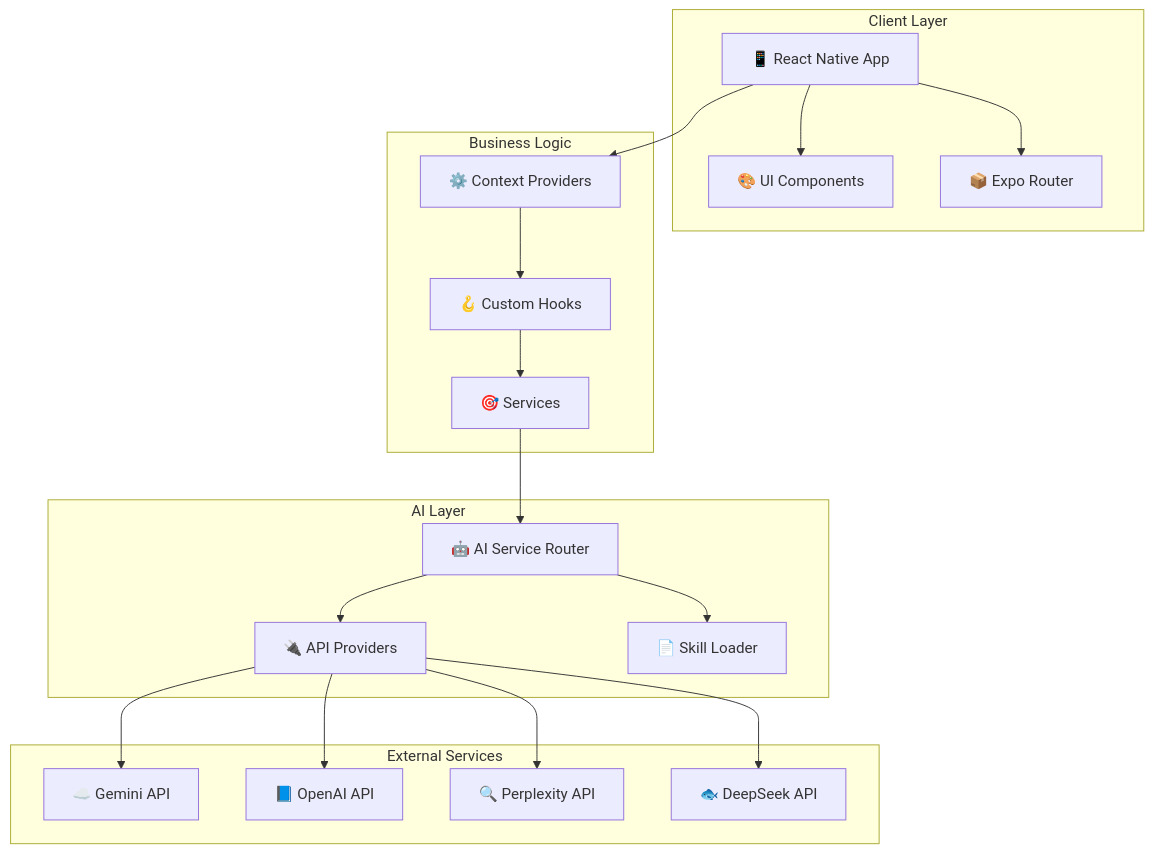
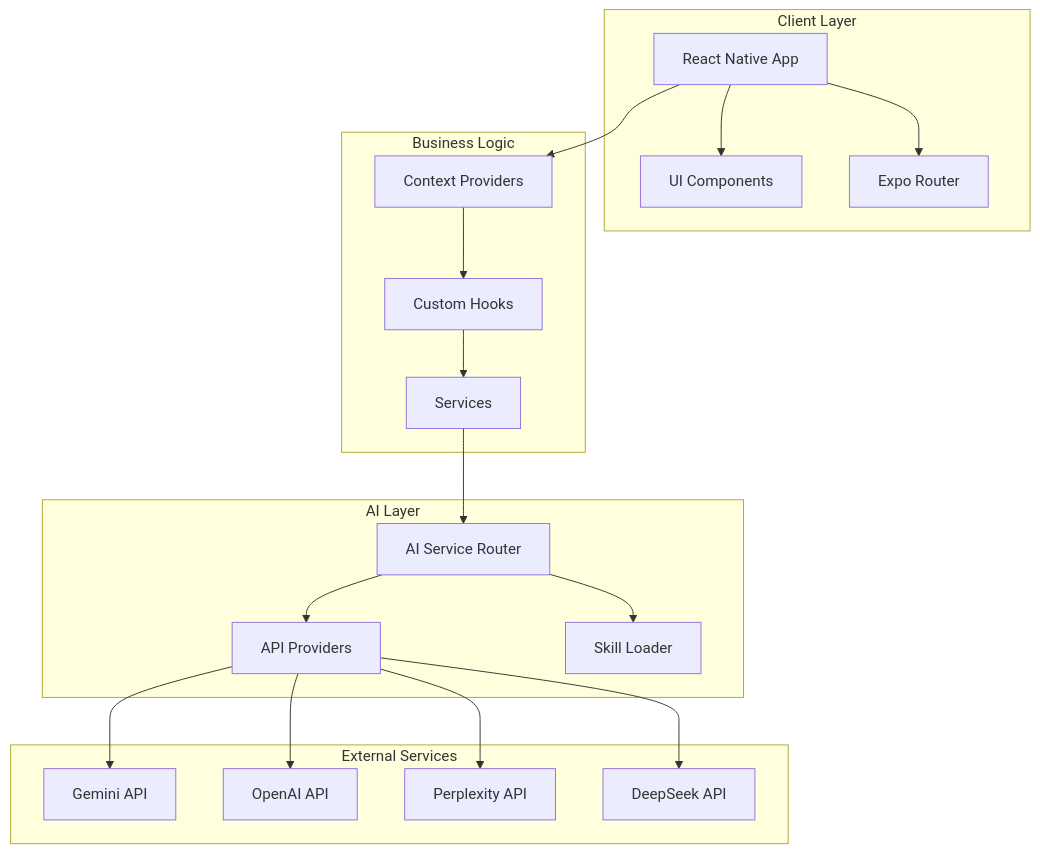
The second of 8 diagrams in README.md (amkyawdev/code-agent), drawn with Mermaid before and after one commit. The commit also changed other lines of this file, not shown here.

Commit message:
Fix: Mermaid diagrams - remove emojis for GitHub rendering

````diff
--- a/README.md
+++ b/README.md
@@ -58,37 +54,37 @@
 ```mermaid
 graph TB
     subgraph Client Layer
-        A[📱 React Native App] --> B[🎨 UI Components]
-        A --> C[📦 Expo Router]
+        A[React Native App] --> B[UI Components]
+        A --> C[Expo Router]
     end
     
     subgraph Business Logic
-        D[⚙️ Context Providers]
-        E[🪝 Custom Hooks]
-        F[🎯 Services]
+        D[Context Providers]
+        E[Custom Hooks]
+        F[Services]
     end
     
     subgraph AI Layer
-        G[🤖 AI Service Router]
-        H[🔌 API Providers]
-        I[📄 Skill Loader]
+        G[AI Service Router]
+        H[API Providers]
+        I[Skill Loader]
     end
     
     subgraph External Services
-        J[☁️ Gemini API]
-        K[📘 OpenAI API]
-        L[🔍 Perplexity API]
-        M[🐟 DeepSeek API]
+        J[Gemini API]
+        K[OpenAI API]
+        L[Perplexity API]
+        M[DeepSeek API]
     end
     
     A --> D
     D --> E
     E --> F
     F --> G
     G --> H
     H --> J
     H --> K
     H --> L
     H --> M
     G --> I
 ```
````
